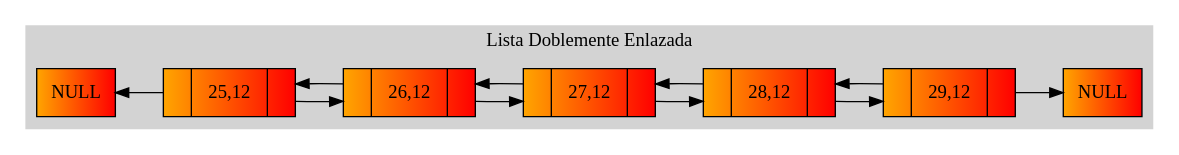
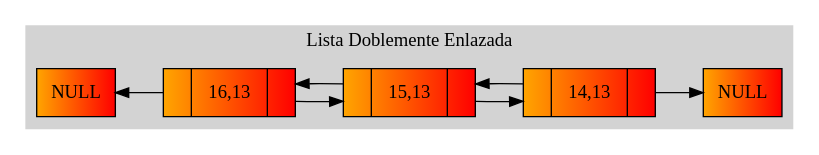
One commit to Tiago-130414/EDD_1S2019_P1_201313722 changed the diagram in graficaLD.dot. Above: the diagram before and after it, drawn with Graphviz. The commit also changed 15 other files, not shown here.

```diff
--- a/graficaLD.dot
+++ b/graficaLD.dot
@@ -1,27 +1,21 @@
 digraph{
 rankdir=LR;
 labelloc="t";
 subgraph cluster_0{
 style=filled;
 color = lightgrey;
 node[shape=record];
 NodoPN[label="NULL"style = filled, fillcolor = "orange:red"];
-Nodo25C12[label="{ |25,12| }"style = filled, fillcolor = "orange:red"];
-Nodo26C12[label="{ |26,12| }"style = filled, fillcolor = "orange:red"];
-Nodo27C12[label="{ |27,12| }"style = filled, fillcolor = "orange:red"];
-Nodo28C12[label="{ |28,12| }"style = filled, fillcolor = "orange:red"];
-Nodo29C12[label="{ |29,12| }"style = filled, fillcolor = "orange:red"];
+Nodo16C13[label="{ |16,13| }"style = filled, fillcolor = "orange:red"];
+Nodo15C13[label="{ |15,13| }"style = filled, fillcolor = "orange:red"];
+Nodo14C13[label="{ |14,13| }"style = filled, fillcolor = "orange:red"];
 NodoUN[label="NULL"style = filled, fillcolor = "orange:red"];
-NodoPN->Nodo25C12[dir=back];
-Nodo25C12->Nodo26C12;
-Nodo26C12->Nodo25C12;
-Nodo26C12->Nodo27C12;
-Nodo27C12->Nodo26C12;
-Nodo27C12->Nodo28C12;
-Nodo28C12->Nodo27C12;
-Nodo28C12->Nodo29C12;
-Nodo29C12->Nodo28C12;
-Nodo29C12->NodoUN;
+NodoPN->Nodo16C13[dir=back];
+Nodo16C13->Nodo15C13;
+Nodo15C13->Nodo16C13;
+Nodo15C13->Nodo14C13;
+Nodo14C13->Nodo15C13;
+Nodo14C13->NodoUN;
 label = "Lista Doblemente Enlazada";
 }
 }
```
